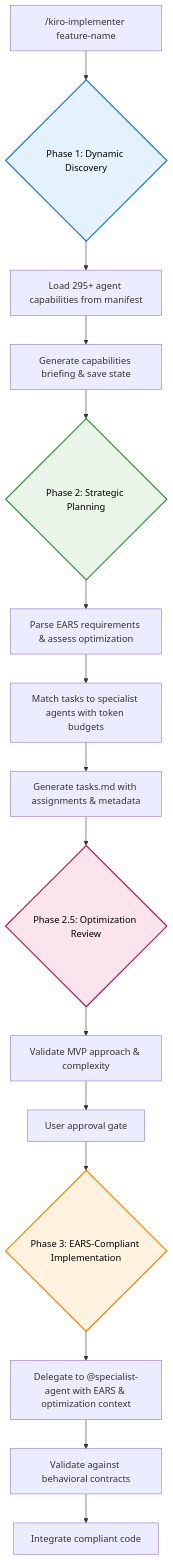
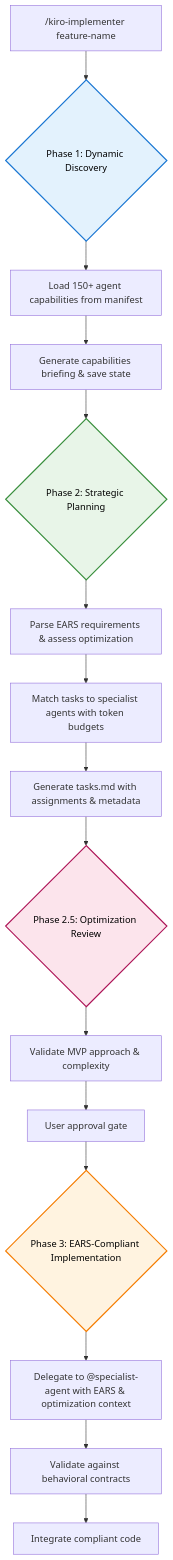
One commit to bizzkoot/kiro_style_claude_code changed the diagram in Enhanced-Kiro-Subagents/SUBAGENTS_README.md. Above: the diagram before and after it, drawn with Mermaid. The commit also changed other lines of this file and 19 other files, not shown here.

````diff
--- a/Enhanced-Kiro-Subagents/SUBAGENTS_README.md
+++ b/Enhanced-Kiro-Subagents/SUBAGENTS_README.md
@@ -77,25 +77,25 @@
 ```mermaid
 graph TD
     A["/kiro-implementer feature-name"] --> B{Phase 1: Dynamic Discovery}
-    B --> C[Load 295+ agent capabilities from manifest]
+    B --> C[Load 150+ agent capabilities from manifest]
     C --> E[Generate capabilities briefing & save state]
     
     E --> F{Phase 2: Strategic Planning}
     F --> G[Parse EARS requirements & assess optimization]
     G --> I[Match tasks to specialist agents with token budgets]
     I --> J[Generate tasks.md with assignments & metadata]
     
     J --> J2{Phase 2.5: Optimization Review}
     J2 --> J3[Validate MVP approach & complexity]
     J3 --> J4[User approval gate]
 
     J4 --> K{Phase 3: EARS-Compliant Implementation}
     K --> L[Delegate to @specialist-agent with EARS & optimization context]
     L --> N[Validate against behavioral contracts]
     N --> O[Integrate compliant code]
     
     style B fill:#e3f2fd,stroke:#1976d2,stroke-width:2px,color:#000000
     style F fill:#e8f5e8,stroke:#388e3c,stroke-width:2px,color:#000000
     style J2 fill:#fce4ec,stroke:#ad1457,stroke-width:2px,color:#000000
     style K fill:#fff3e0,stroke:#f57c00,stroke-width:2px,color:#000000
 ```
````
